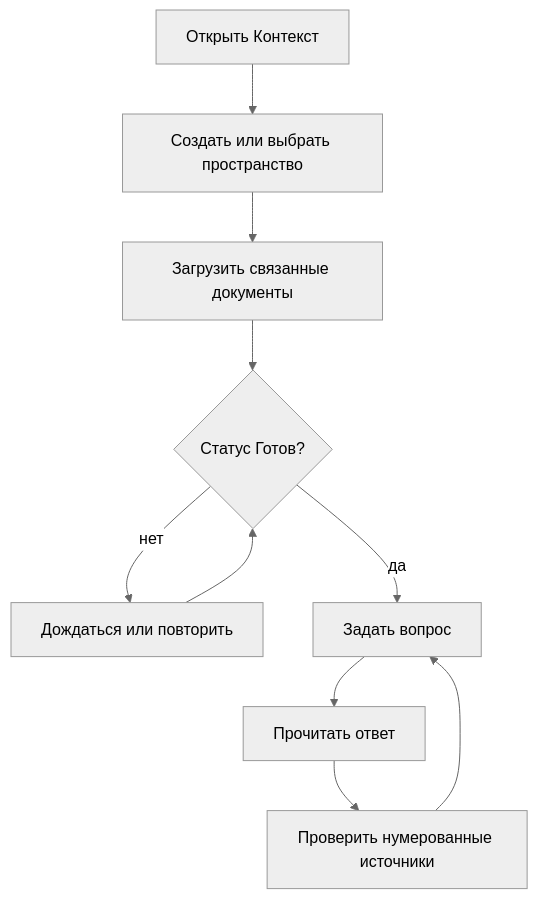
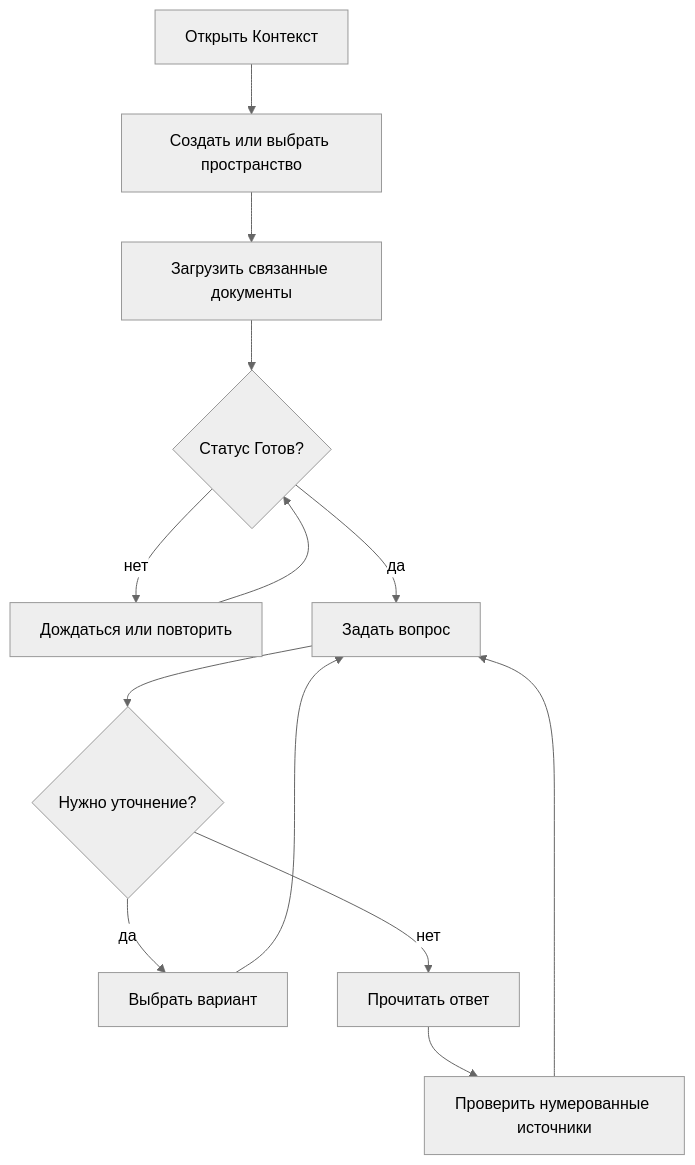
The diagram in docs/USER_GUIDE.md (TBWTK/corporate-rag), drawn with Mermaid (neutral theme) before and after one commit. The commit also changed other lines of this file and 40 other files, not shown here.

````diff
--- a/docs/USER_GUIDE.md
+++ b/docs/USER_GUIDE.md
@@ -18,11 +18,13 @@
 ```mermaid
 flowchart TD
   Start["Открыть Контекст"] --> Space["Создать или выбрать пространство"]
   Space --> Upload["Загрузить связанные документы"]
   Upload --> Status{"Статус Готов?"}
   Status -->|нет| Wait["Дождаться или повторить"] --> Status
   Status -->|да| Ask["Задать вопрос"]
-  Ask --> Answer["Прочитать ответ"]
+  Ask --> Clarify{"Нужно уточнение?"}
+  Clarify -->|да| Choice["Выбрать вариант"] --> Ask
+  Clarify -->|нет| Answer["Прочитать ответ"]
   Answer --> Verify["Проверить нумерованные источники"]
   Verify --> Ask
 ```
````
